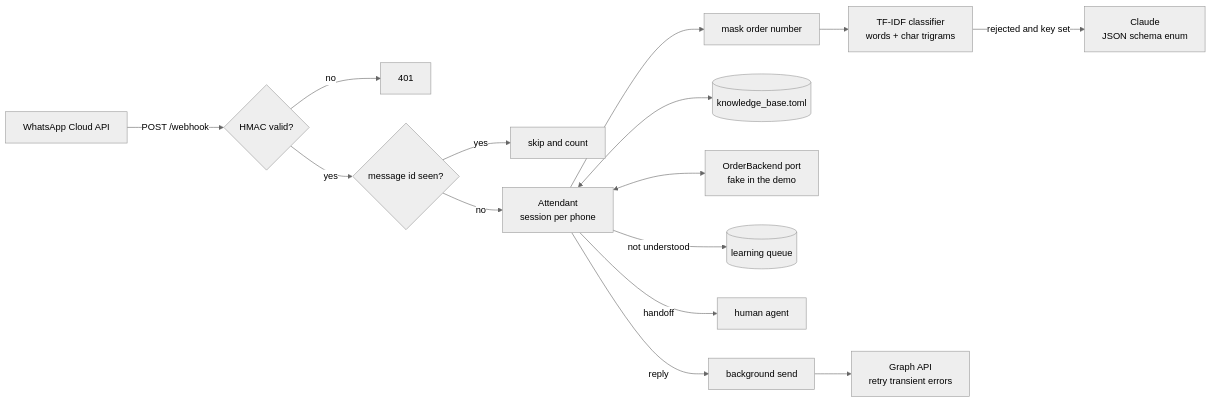
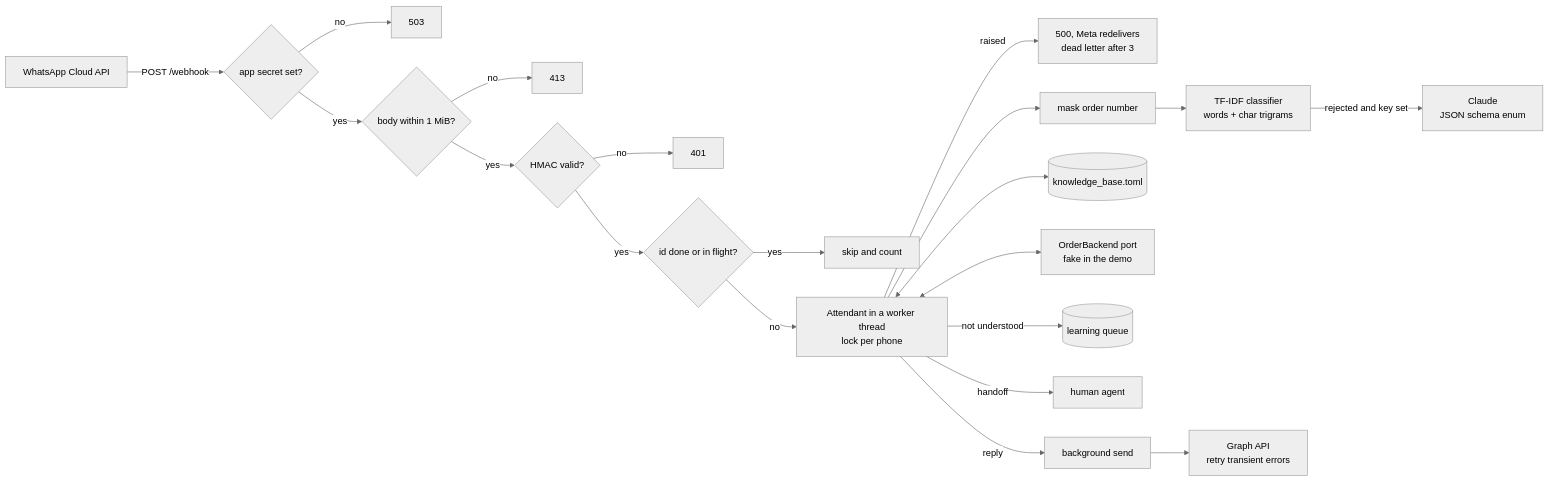
Before and after one commit to brunoraniere2003/whatsapp-ai-attendant: the diagram in README.md, drawn with Mermaid (neutral theme). The commit also changed other lines of this file and 22 other files, not shown here.

First line of the commit message:
fix(webhook): fail closed, bound the body and handle messages off the event loop

````diff
--- a/README.md
+++ b/README.md
@@ -64,17 +66,22 @@
 ```mermaid
 flowchart LR
-    WA[WhatsApp Cloud API] -->|POST /webhook| SIG{HMAC valid?}
+    WA[WhatsApp Cloud API] -->|POST /webhook| SEC{app secret set?}
+    SEC -->|no| E503[503]
+    SEC -->|yes| CAP{body within 1 MiB?}
+    CAP -->|no| E413[413]
+    CAP -->|yes| SIG{HMAC valid?}
     SIG -->|no| E401[401]
-    SIG -->|yes| IDEM{message id seen?}
+    SIG -->|yes| IDEM{id done or in flight?}
     IDEM -->|yes| DUP[skip and count]
-    IDEM -->|no| ATT[Attendant<br/>session per phone]
+    IDEM -->|no| ATT[Attendant in a worker thread<br/>lock per phone]
+    ATT -->|raised| E500[500, Meta redelivers<br/>dead letter after 3]
     ATT --> MASK[mask order number]
     MASK --> NLU[TF-IDF classifier<br/>words + char trigrams]
     NLU -->|rejected and key set| LLM[Claude<br/>JSON schema enum]
     ATT <--> KB[(knowledge_base.toml)]
     ATT <--> ORD[OrderBackend port<br/>fake in the demo]
     ATT -->|not understood| LQ[(learning queue)]
     ATT -->|handoff| HUM[human agent]
     ATT -->|reply| BG[background send]
     BG --> GRAPH[Graph API<br/>retry transient errors]
 ```
````
